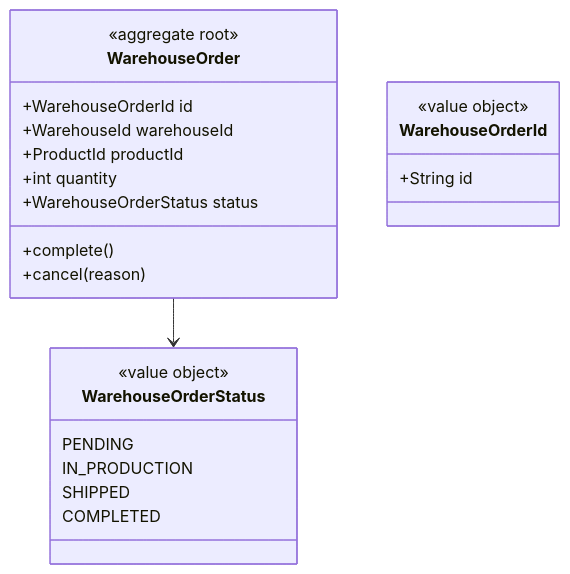
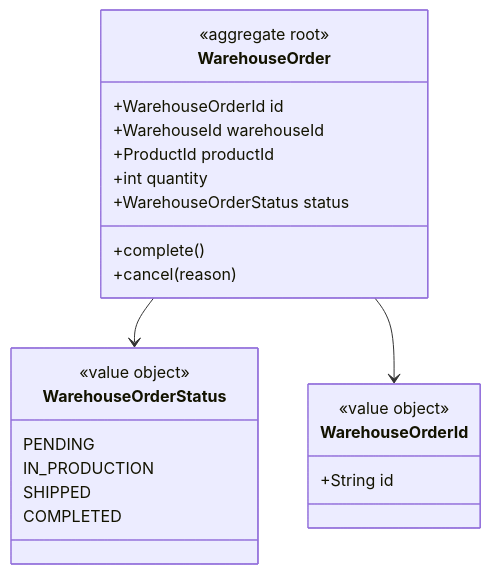
Before and after one commit to PauLopNun/workshop-suministros: the fourth of 6 diagrams in production/ddd.md, drawn with Mermaid. The commit also changed other lines of this file, not shown here.

Commit message:
docs: modified graphs

````diff
--- a/production/ddd.md
+++ b/production/ddd.md
@@ -115,25 +110,26 @@
 ```mermaid
 classDiagram
     class WarehouseOrder {
         <<aggregate root>>
         +WarehouseOrderId id
         +WarehouseId warehouseId
         +ProductId productId
         +int quantity
         +WarehouseOrderStatus status
         +complete()
         +cancel(reason)
     }
     class WarehouseOrderId {
         <<value object>>
         +String id
     }
     class WarehouseOrderStatus {
         <<value object>>
         PENDING
         IN_PRODUCTION
         SHIPPED
         COMPLETED
     }
     WarehouseOrder --> WarehouseOrderStatus
+    WarehouseOrder --> WarehouseOrderId
 ```
````
